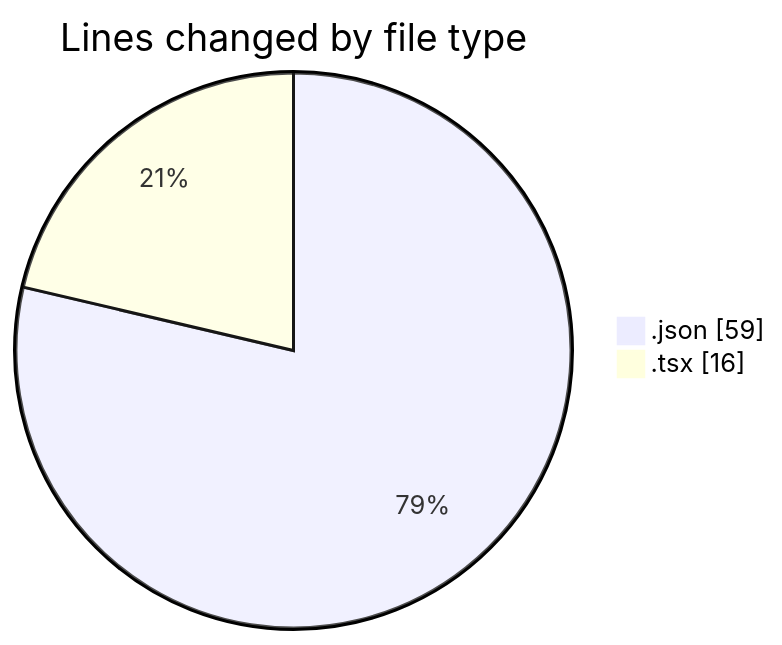
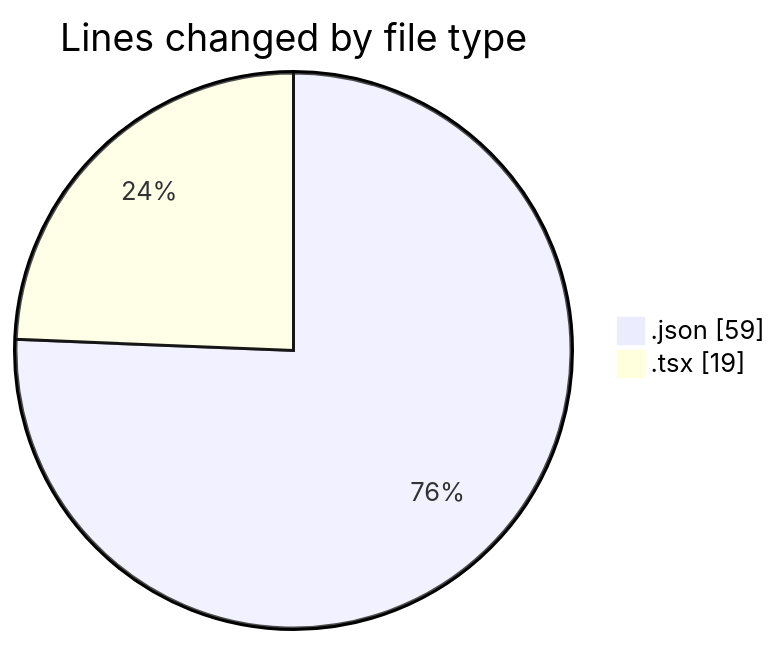
Before and after one commit to momahboobian/code-tracking: the first of 2 diagrams in 2025-11-19/cda/README.md, drawn with Mermaid. The commit also changed other lines of this file and 1 other file, not shown here.

````diff
--- a/2025-11-19/cda/README.md
+++ b/2025-11-19/cda/README.md
@@ -21,6 +21,6 @@
 ```mermaid
 pie showData
 title Lines changed by file type
 ".json" : 59
-".tsx" : 16
+".tsx" : 19
 ```
````
